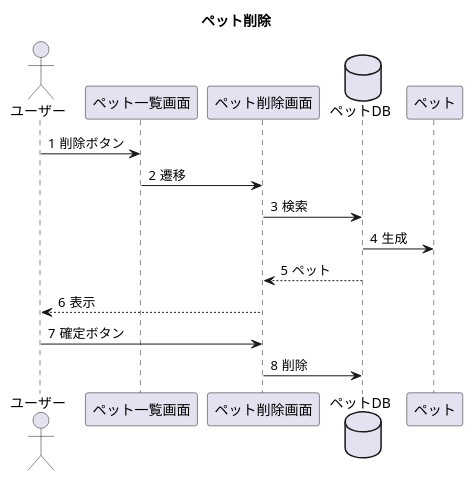
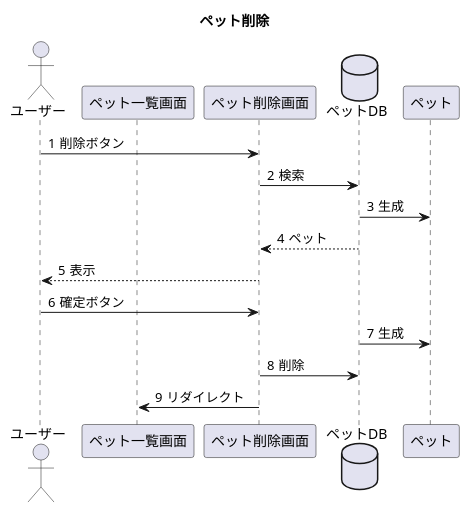
The diagram in UML/seq_petDelete.pu (Tyamanaka07/WebSystem), drawn with PlantUML before and after one commit. The commit also changed 4 other files, not shown here.

```diff
--- a/UML/seq_petDelete.pu
+++ b/UML/seq_petDelete.pu
@@ -1,18 +1,19 @@
 @startuml
 title ペット削除
 actor ユーザー
 participant ペット一覧画面
 participant ペット削除画面
 database ペットDB
 autonumber "#"
 
-ユーザー->ペット一覧画面:削除ボタン
-ペット一覧画面->ペット削除画面:遷移
+ユーザー->ペット削除画面:削除ボタン
 ペット削除画面->ペットDB:検索
 ペットDB->ペット:生成
 ペットDB-->ペット削除画面:ペット
 ペット削除画面-->ユーザー:表示
 ユーザー->ペット削除画面:確定ボタン
+ペットDB->ペット:生成
 ペット削除画面->ペットDB:削除
+ペット削除画面->ペット一覧画面:リダイレクト
 
 @enduml
```
